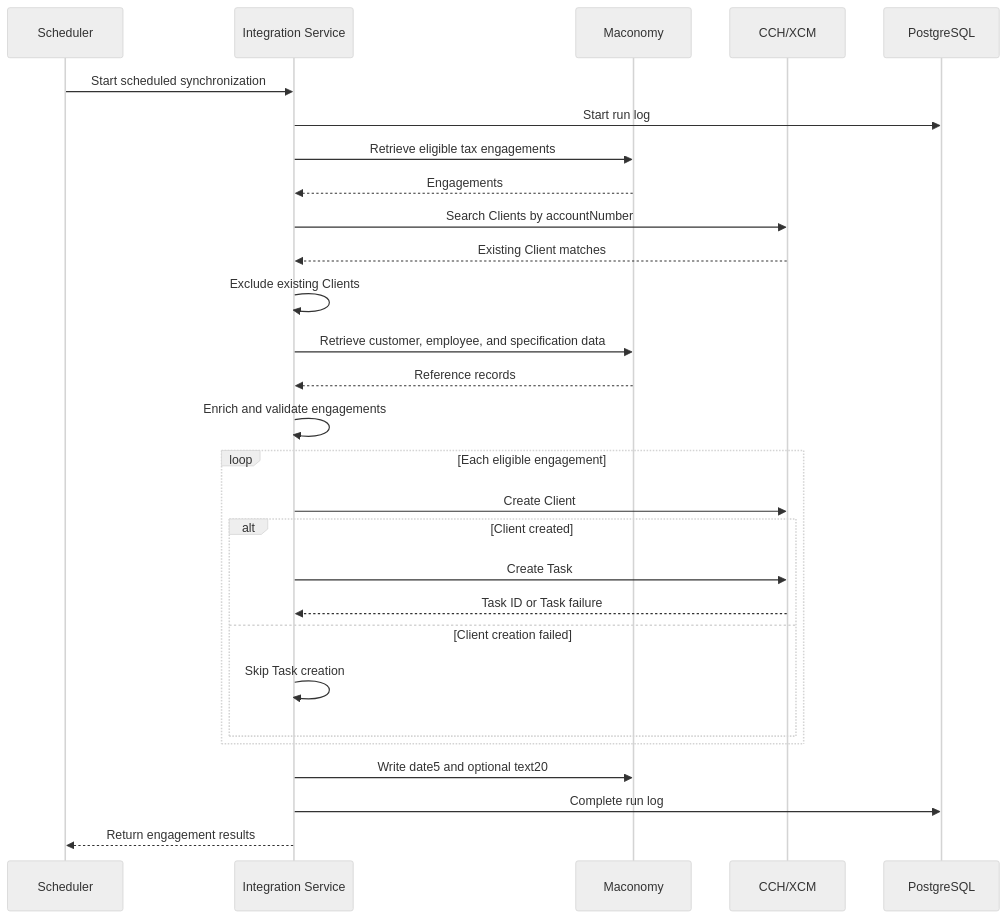
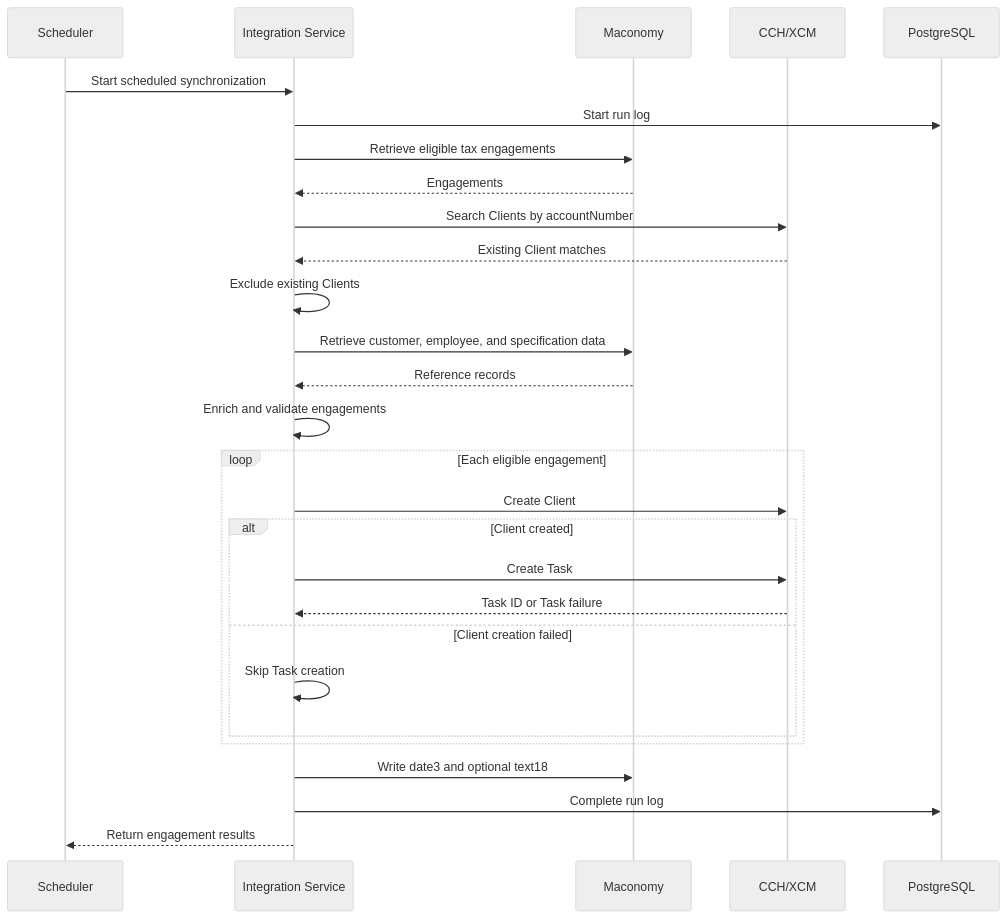
One commit to VskySolutions/THF_Integration- changed the third of 4 diagrams in backend/documentation/XcmCchAxcessIntegration/cch_system_design.md. Above: the diagram before and after it, drawn with Mermaid (neutral theme). The commit also changed other lines of this file and 7 other files, not shown here.

Commit message:
feat: update Maconomy integration to use date3 and text18 fields for writeback

````diff
--- a/backend/documentation/XcmCchAxcessIntegration/cch_system_design.md
+++ b/backend/documentation/XcmCchAxcessIntegration/cch_system_design.md
@@ -131,33 +131,33 @@
 ```mermaid
 sequenceDiagram
     participant S as Scheduler
     participant I as Integration Service
     participant M as Maconomy
     participant C as CCH/XCM
     participant D as PostgreSQL
 
     S->>I: Start scheduled synchronization
     I->>D: Start run log
     I->>M: Retrieve eligible tax engagements
     M-->>I: Engagements
     I->>C: Search Clients by accountNumber
     C-->>I: Existing Client matches
     I->>I: Exclude existing Clients
     I->>M: Retrieve customer, employee, and specification data
     M-->>I: Reference records
     I->>I: Enrich and validate engagements
 
     loop Each eligible engagement
         I->>C: Create Client
         alt Client created
             I->>C: Create Task
             C-->>I: Task ID or Task failure
         else Client creation failed
             I->>I: Skip Task creation
         end
     end
 
-    I->>M: Write date5 and optional text20
+    I->>M: Write date3 and optional text18
     I->>D: Complete run log
     I-->>S: Return engagement results
 ```
````
